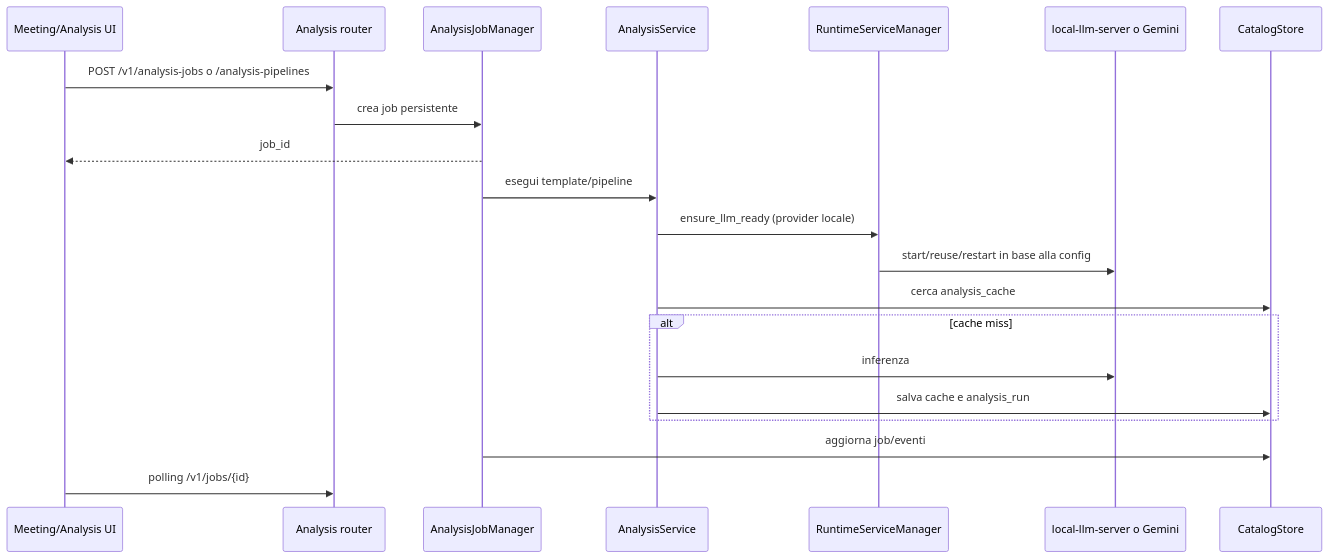
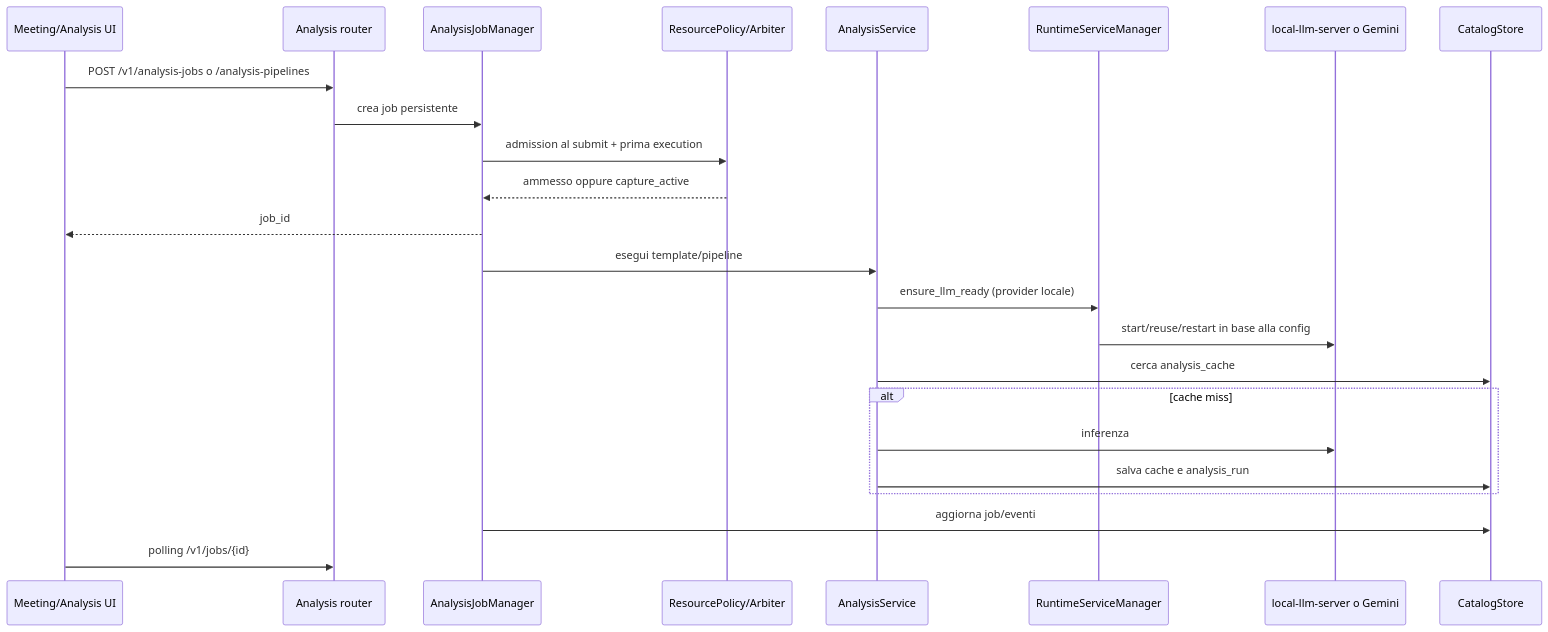
Before and after one commit to daniele21/local-asr-server: the fifth of 6 diagrams in docs/architecture.md, drawn with Mermaid. The commit also changed other lines of this file, not shown here.

Commit message:
Document capture-priority runtime ownership

````diff
--- a/docs/architecture.md
+++ b/docs/architecture.md
@@ -164,24 +175,27 @@
 ```mermaid
 sequenceDiagram
     participant UI as Meeting/Analysis UI
     participant API as Analysis router
     participant JM as AnalysisJobManager
+    participant RP as ResourcePolicy/Arbiter
     participant AS as AnalysisService
     participant RM as RuntimeServiceManager
     participant LLM as local-llm-server o Gemini
     participant DB as CatalogStore
 
     UI->>API: POST /v1/analysis-jobs o /analysis-pipelines
     API->>JM: crea job persistente
+    JM->>RP: admission al submit + prima execution
+    RP-->>JM: ammesso oppure capture_active
     JM-->>UI: job_id
     JM->>AS: esegui template/pipeline
     AS->>RM: ensure_llm_ready (provider locale)
     RM->>LLM: start/reuse/restart in base alla config
     AS->>DB: cerca analysis_cache
     alt cache miss
         AS->>LLM: inferenza
         AS->>DB: salva cache e analysis_run
     end
     JM->>DB: aggiorna job/eventi
     UI->>API: polling /v1/jobs/{id}
 ```
````
